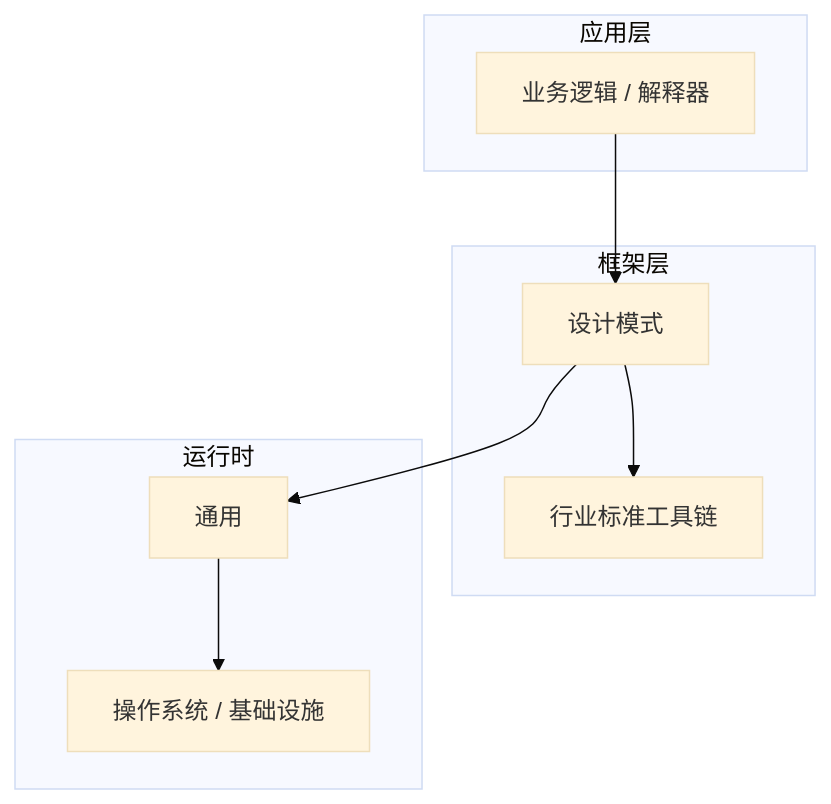
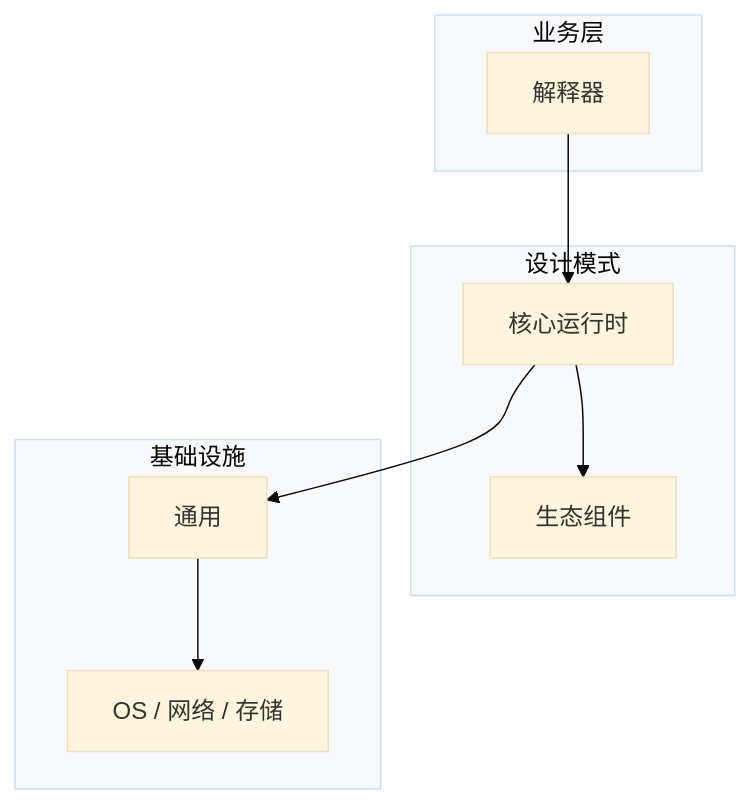
The diagram in articles/设计模式/chapters/092-解释器核心概念与原理.md (yanggan2015/knowledge-json-v2), drawn with Mermaid (base theme) before and after one commit. The commit also changed other lines of this file and 10127 other files, not shown here.

````diff
--- a/articles/设计模式/chapters/092-解释器核心概念与原理.md
+++ b/articles/设计模式/chapters/092-解释器核心概念与原理.md
@@ -45,18 +34,18 @@
 ```mermaid
 graph TB
-    subgraph 应用层
-        A[业务逻辑 / 解释器]
+    subgraph 业务层
+        A[解释器]
     end
-    subgraph 框架层
-        B[设计模式]
-        C[行业标准工具链]
+    subgraph 设计模式
+        B[核心运行时]
+        C[生态组件]
     end
-    subgraph 运行时
+    subgraph 基础设施
         D[通用]
-        E[操作系统 / 基础设施]
+        E[OS / 网络 / 存储]
     end
     A --> B
     B --> C
     B --> D
     D --> E
 ```
````
